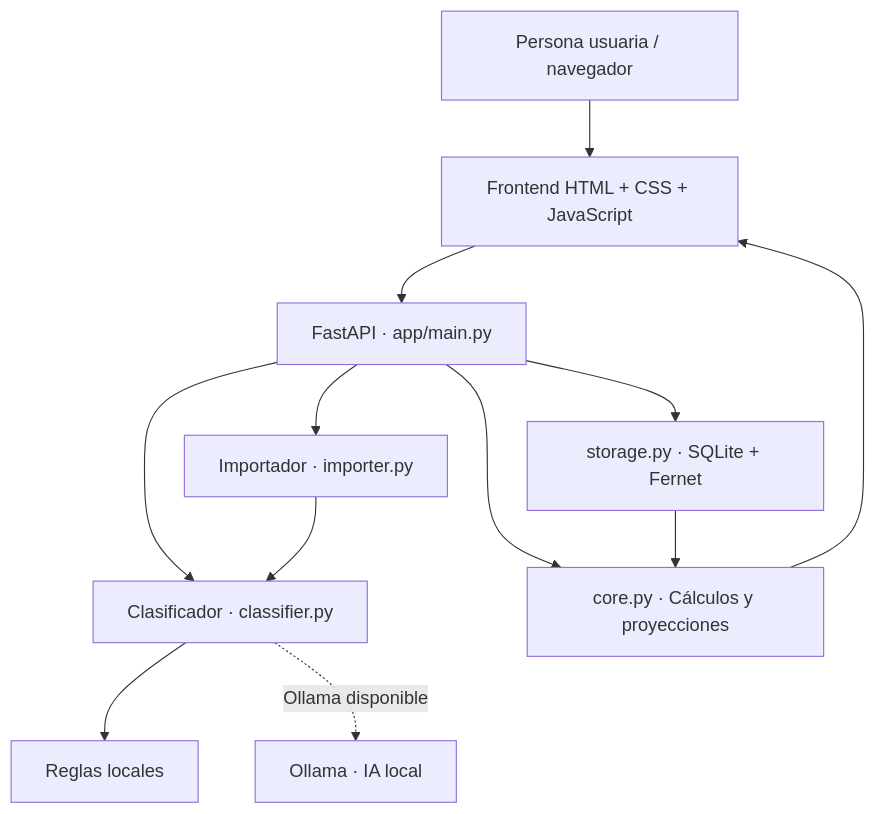
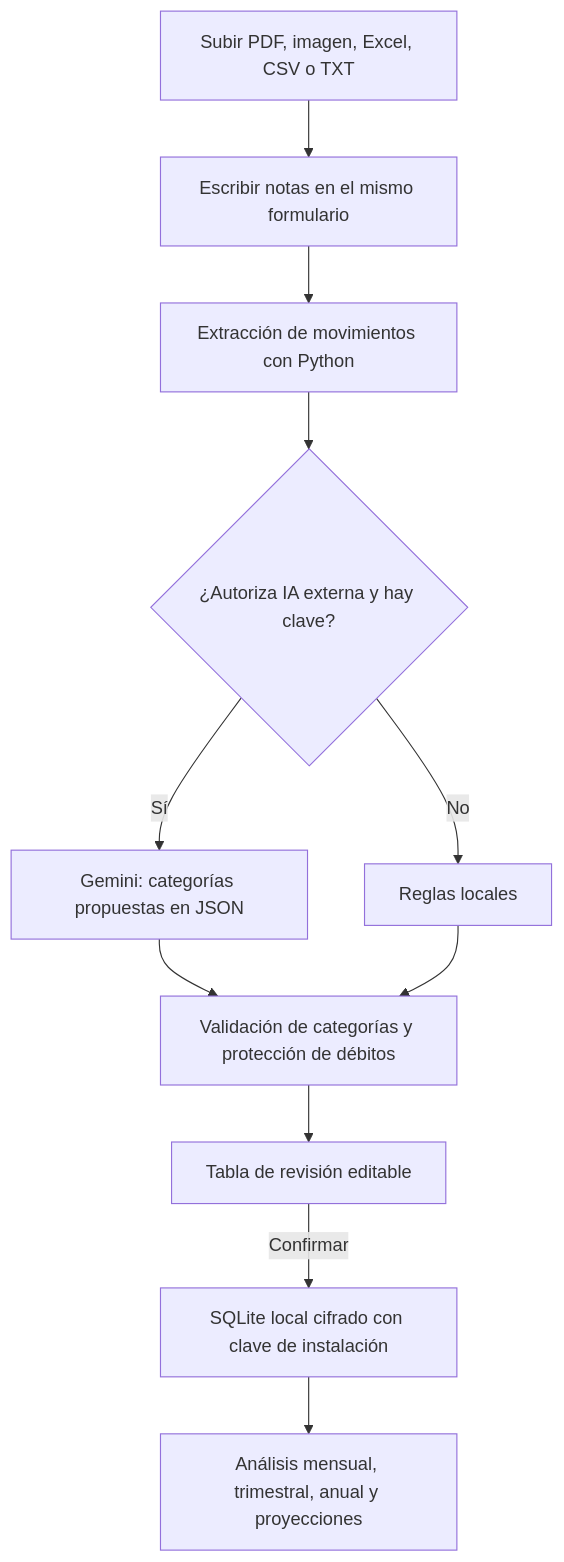
One commit to EmilyCurin/Integral-ingresos-variables changed the first of 2 diagrams in README.md. Above: the diagram before and after it, drawn with Mermaid. The commit also changed other lines of this file and 13 other files, not shown here.

Commit message:
Integrar IA con notas, mejorar interfaz y actualizar documentacion

````diff
--- a/README.md
+++ b/README.md
@@ -20,14 +29,13 @@
 ```mermaid
 flowchart TD
-    U[Persona usuaria / navegador] --> F[Frontend HTML + CSS + JavaScript]
-    F --> API[FastAPI · app/main.py]
-    API --> I[Importador · importer.py]
-    API --> C[Clasificador · classifier.py]
-    C --> R[Reglas locales]
-    C -. Ollama disponible .-> O[Ollama · IA local]
-    API --> DB[storage.py · SQLite + Fernet]
-    API --> M[core.py · Cálculos y proyecciones]
-    I --> C
-    DB --> M
-    M --> F
+    A[Subir PDF, imagen, Excel, CSV o TXT] --> N[Escribir notas en el mismo formulario]
+    N --> X[Extracción de movimientos con Python]
+    X --> C{¿Autoriza IA externa y hay clave?}
+    C -- Sí --> G[Gemini: categorías propuestas en JSON]
+    C -- No --> R[Reglas locales]
+    G --> V[Validación de categorías y protección de débitos]
+    R --> V
+    V --> P[Tabla de revisión editable]
+    P -->|Confirmar| D[SQLite local cifrado con clave de instalación]
+    D --> S[Análisis mensual, trimestral, anual y proyecciones]
 ```
````
